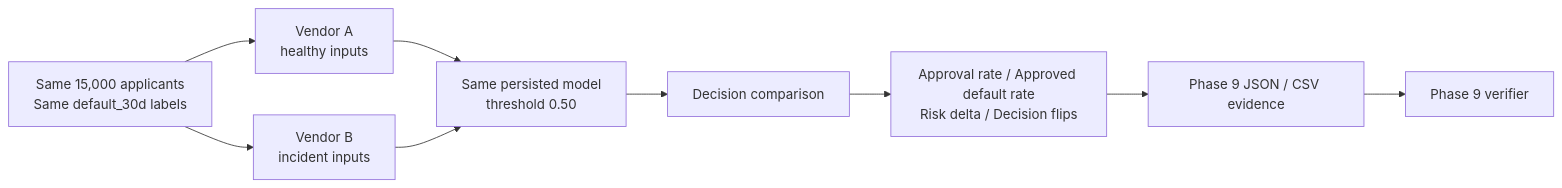
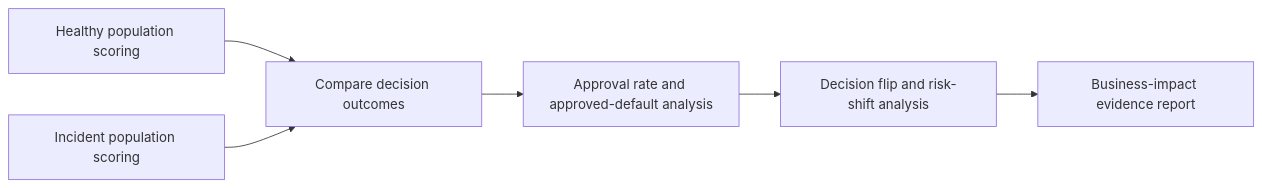
One commit to Parmodk2310/CreditScorev4-ML-Governance changed the diagram in docs/assets/diagrams/phase9-business-impact.mmd. Above: the diagram before and after it, drawn with Mermaid. The commit also changed 50 other files, not shown here.

Commit message:
docs: integrate complete Phase 1-13 architecture

```diff
--- a/docs/assets/diagrams/phase9-business-impact.mmd
+++ b/docs/assets/diagrams/phase9-business-impact.mmd
@@ -1,9 +1,6 @@
 flowchart LR
-  A["Same 15,000 applicants<br/>Same default_30d labels"] --> B["Vendor A<br/>healthy inputs"]
-  A --> C["Vendor B<br/>incident inputs"]
-  B --> D["Same persisted model<br/>threshold 0.50"]
-  C --> D
-  D --> E["Decision comparison"]
-  E --> F["Approval rate / Approved default rate<br/>Risk delta / Decision flips"]
-  F --> G["Phase 9 JSON / CSV evidence"]
-  G --> H["Phase 9 verifier"]
+    A["Healthy population scoring"] --> C["Compare decision outcomes"]
+    B["Incident population scoring"] --> C
+    C --> D["Approval rate and approved-default analysis"]
+    D --> E["Decision flip and risk-shift analysis"]
+    E --> F["Business-impact evidence report"]
```
